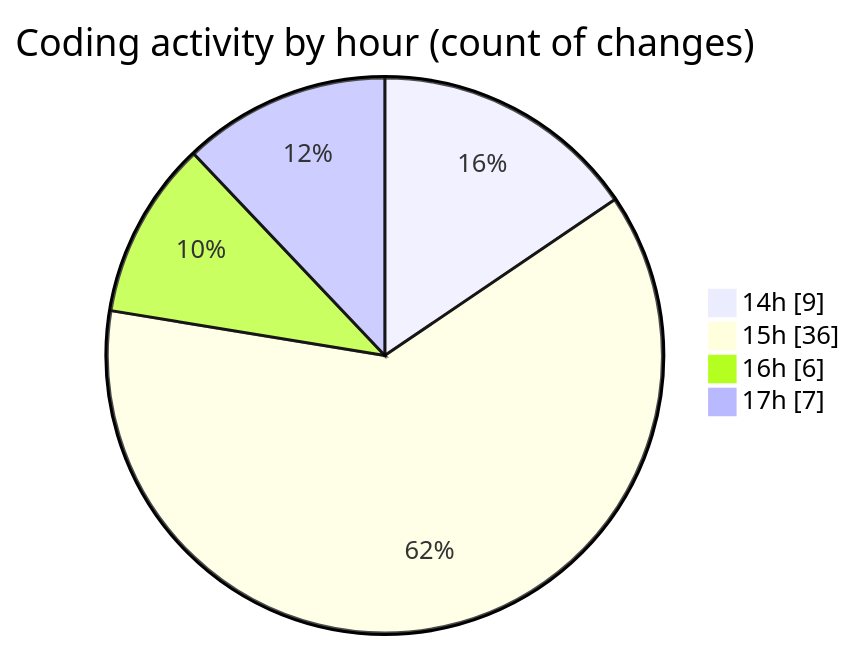
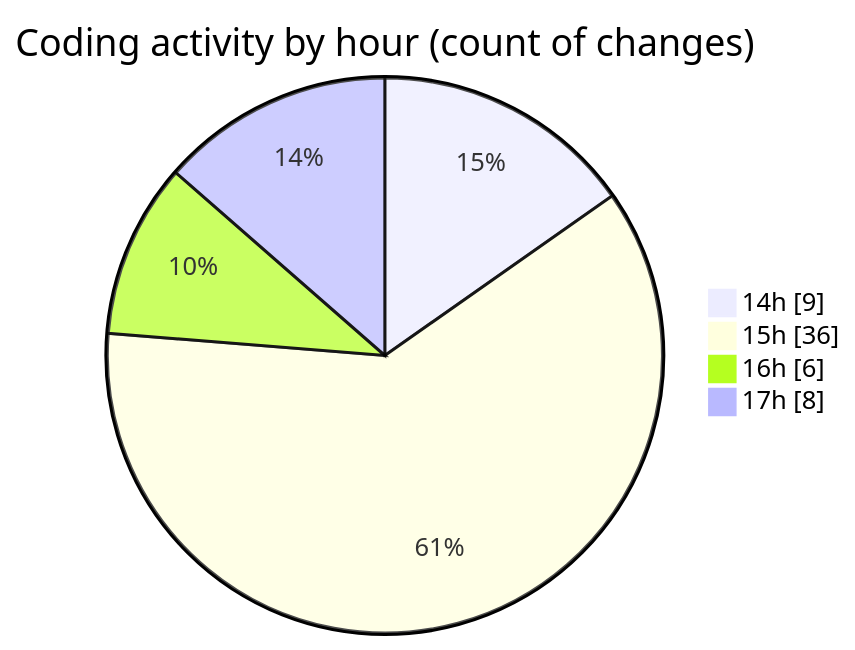
One commit to Ritupan-Deka/code-tracking changed the second of 2 diagrams in 2025-06-17/projects/README.md. Above: the diagram before and after it, drawn with Mermaid. The commit also changed other lines of this file and 1 other file, not shown here.

````diff
--- a/2025-06-17/projects/README.md
+++ b/2025-06-17/projects/README.md
@@ -29,8 +29,8 @@
 ```mermaid
 pie showData
 title Coding activity by hour (count of changes)
 "14h" : 9
 "15h" : 36
 "16h" : 6
-"17h" : 7
+"17h" : 8
 ```
````
